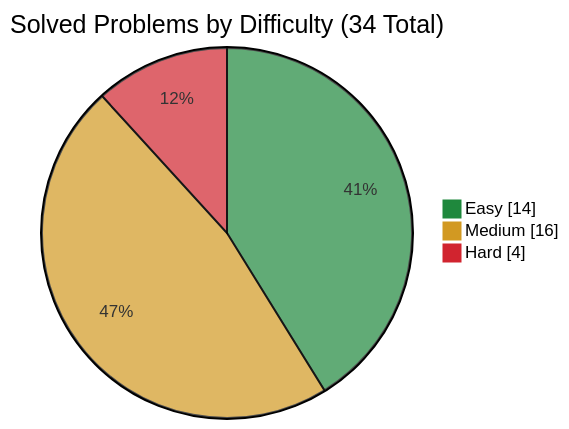
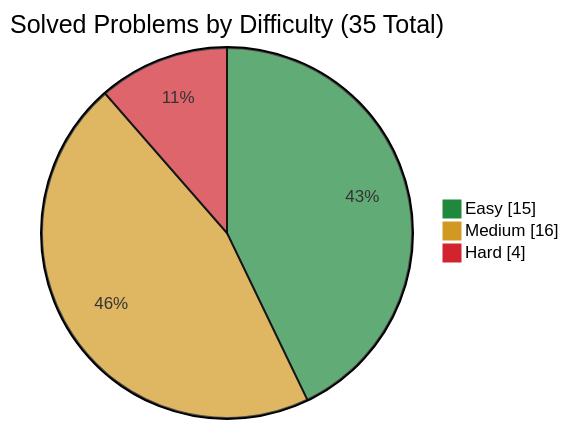
The first of 3 diagrams in README.md (simonesiega/leetcode-solutions), drawn with Mermaid before and after one commit. The commit also changed other lines of this file and 3 other files, not shown here.

````diff
--- a/README.md
+++ b/README.md
@@ -67,8 +67,8 @@
 ```mermaid
 %%{init: {"themeVariables": {"pie1": "#1f883d", "pie2": "#d29922", "pie3": "#d1242f"}}}%%
 pie showData
-    title Solved Problems by Difficulty (34 Total)
-    "Easy" : 14
+    title Solved Problems by Difficulty (35 Total)
+    "Easy" : 15
     "Medium" : 16
     "Hard" : 4
 ```
````
